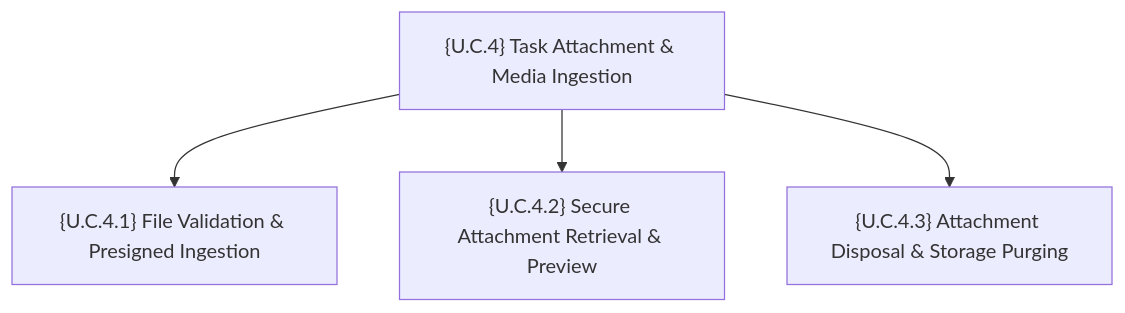
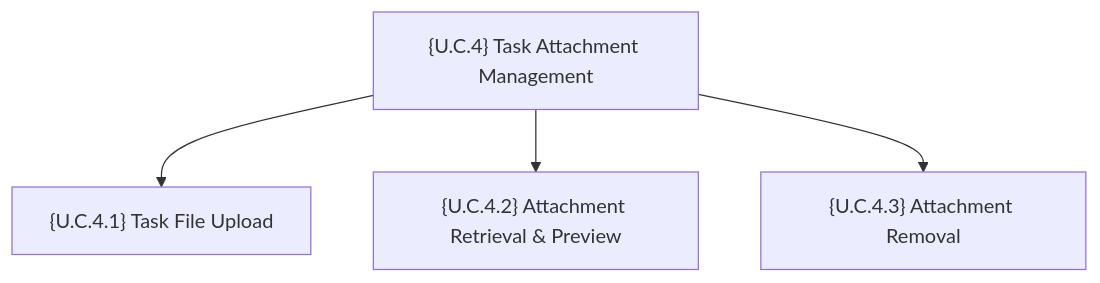
One commit to pauloribeiro16/aegis-mvp changed the sixth of 8 diagrams in cases/Case_01_TinyTask_SaaS/03_PHASE3_SPEC/Doc02_System_Use_Cases.md. Above: the diagram before and after it, drawn with Mermaid. The commit also changed other lines of this file and 1 other file, not shown here.

````diff
--- a/cases/Case_01_TinyTask_SaaS/03_PHASE3_SPEC/Doc02_System_Use_Cases.md
+++ b/cases/Case_01_TinyTask_SaaS/03_PHASE3_SPEC/Doc02_System_Use_Cases.md
@@ -330,6 +330,6 @@
 ```mermaid
 flowchart TD
-    UC4["{U.C.4} Task Attachment & Media Ingestion"] --> UC41["{U.C.4.1} File Validation & Presigned Ingestion"]
-    UC4 --> UC42["{U.C.4.2} Secure Attachment Retrieval & Preview"]
-    UC4 --> UC43["{U.C.4.3} Attachment Disposal & Storage Purging"]
+    UC4["{U.C.4} Task Attachment Management"] --> UC41["{U.C.4.1} Task File Upload"]
+    UC4 --> UC42["{U.C.4.2} Attachment Retrieval & Preview"]
+    UC4 --> UC43["{U.C.4.3} Attachment Removal"]
 ```
````
